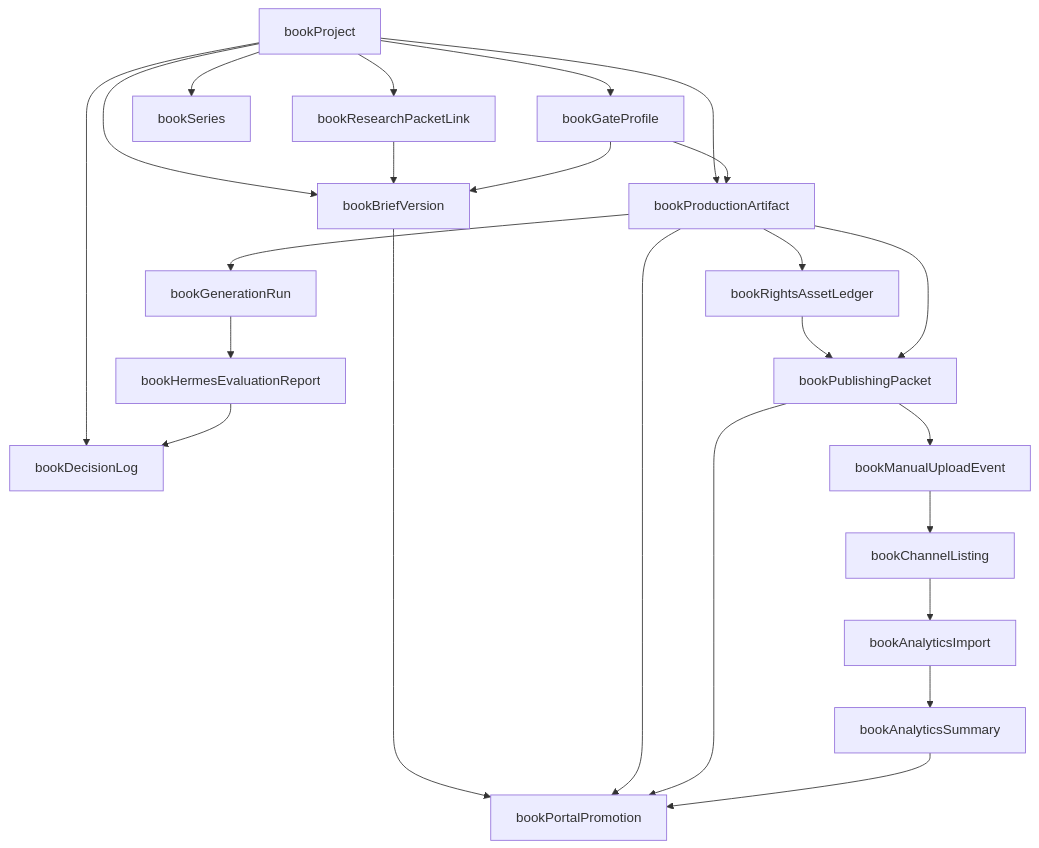
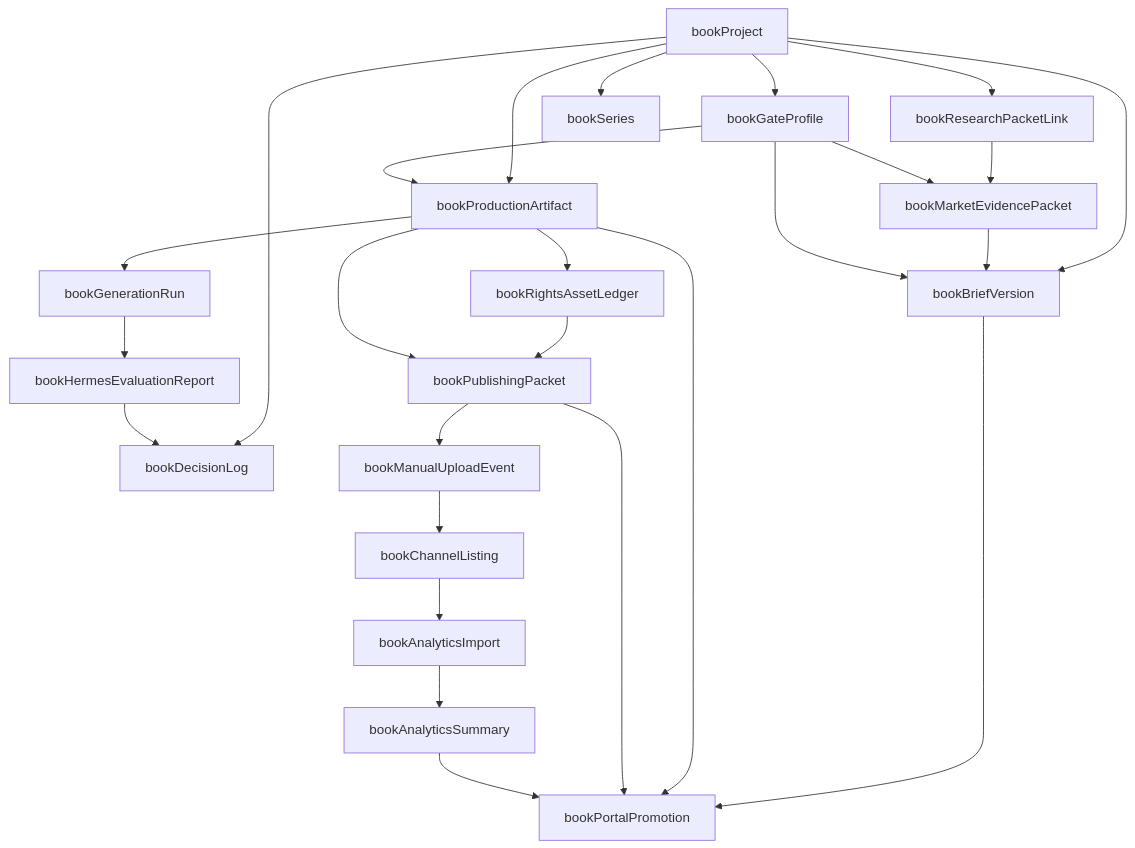
Before and after one commit to Partners-in-Biz/partnersinbiz-web: the diagram in docs/superpowers/specs/2026-06-08-book-studio-v1-domain-record-state-model.md, drawn with Mermaid. The commit also changed other lines of this file and 16 other files, not shown here.

Commit message:
docs(book-studio): add market evidence gate

````diff
--- a/docs/superpowers/specs/2026-06-08-book-studio-v1-domain-record-state-model.md
+++ b/docs/superpowers/specs/2026-06-08-book-studio-v1-domain-record-state-model.md
@@ -52,28 +54,30 @@
 ```mermaid
 flowchart TD
   project["bookProject"] --> gates["bookGateProfile"]
   project --> research["bookResearchPacketLink"]
+  research --> market["bookMarketEvidencePacket"]
+  gates --> market
   project --> brief["bookBriefVersion"]
   project --> series["bookSeries"]
   project --> artifacts["bookProductionArtifact"]
   project --> decisions["bookDecisionLog"]
 
-  research --> brief
+  market --> brief
   gates --> brief
   gates --> artifacts
   artifacts --> generation["bookGenerationRun"]
   artifacts --> rights["bookRightsAssetLedger"]
   rights --> packet["bookPublishingPacket"]
   artifacts --> packet
   brief --> promotion["bookPortalPromotion"]
   artifacts --> promotion
   packet --> promotion
 
   packet --> upload["bookManualUploadEvent"]
   upload --> listing["bookChannelListing"]
   listing --> analyticsImport["bookAnalyticsImport"]
   analyticsImport --> analyticsSummary["bookAnalyticsSummary"]
   analyticsSummary --> promotion
   generation --> hermesEval["bookHermesEvaluationReport"]
   hermesEval --> decisions
 ```
````
